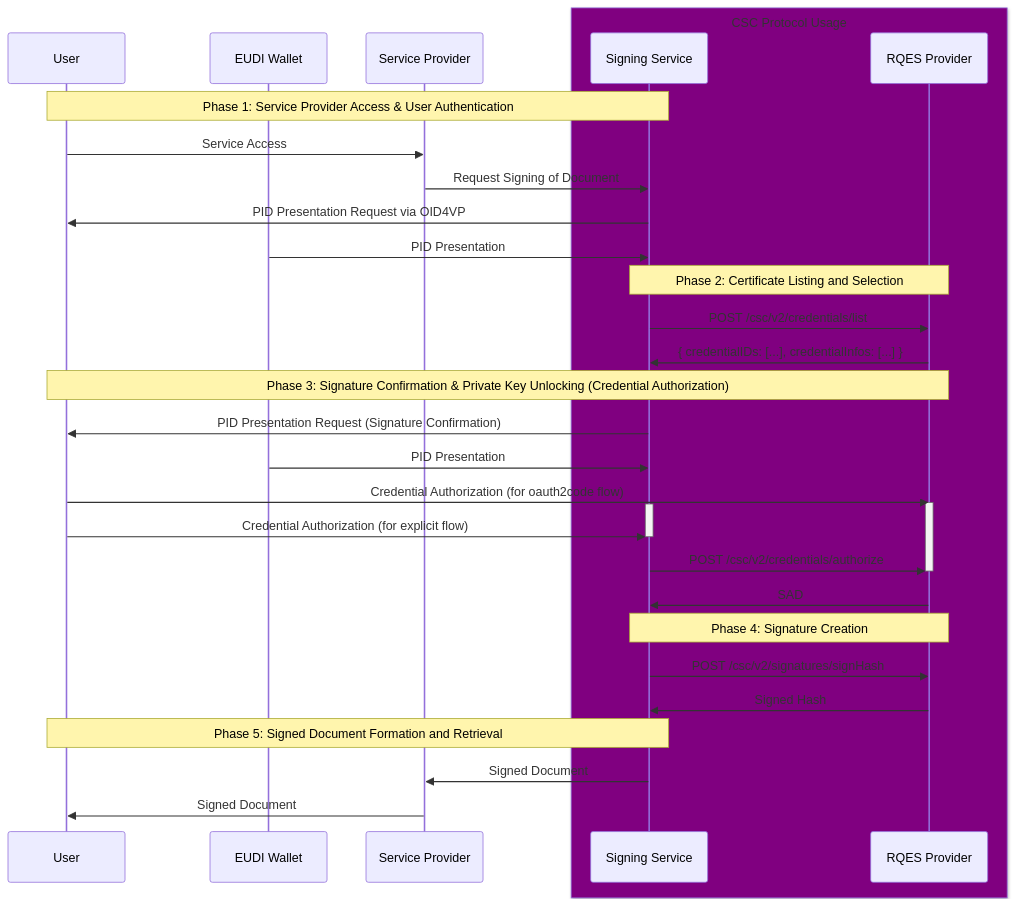
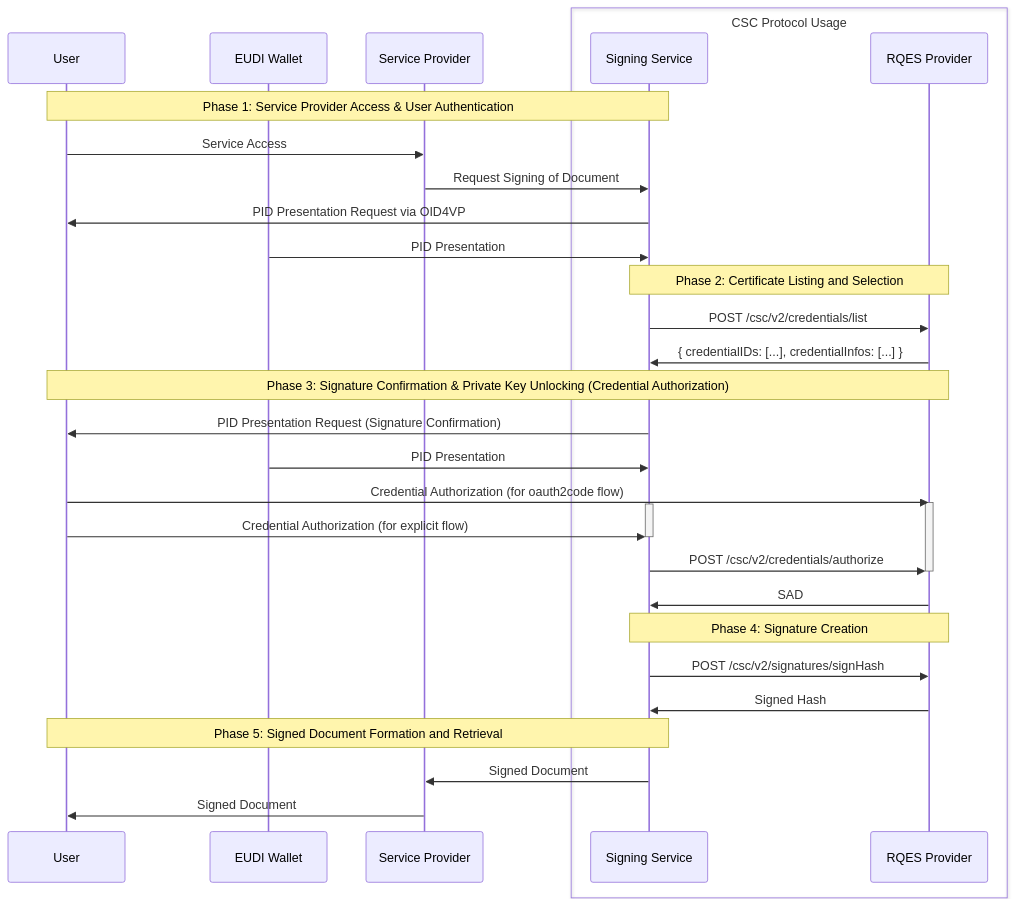
Before and after one commit to EWC-consortium/eudi-wallet-rfcs: the first of 7 diagrams in ewc-rfc010-long-term-certifice-qes-creation.md, drawn with Mermaid. The commit also changed other lines of this file, not shown here.

Commit message:
RFC-010: Removed color from CSC box.

````diff
--- a/ewc-rfc010-long-term-certifice-qes-creation.md
+++ b/ewc-rfc010-long-term-certifice-qes-creation.md
@@ -54,44 +55,44 @@
 ```mermaid
    sequenceDiagram
     participant User
     participant EUDI Wallet
     participant Service Provider
-    box Purple CSC Protocol Usage
+    box CSC Protocol Usage
     participant Signing Service
     participant RQES Provider
     end
 
     Note over User, Signing Service: Phase 1: Service Provider Access & User Authentication
     User->>Service Provider: Service Access
     Service Provider->>Signing Service: Request Signing of Document
     Signing Service->>User: PID Presentation Request via OID4VP
     EUDI Wallet->>Signing Service: PID Presentation
 
     Note over Signing Service, RQES Provider: Phase 2: Certificate Listing and Selection
     Signing Service->>RQES Provider: POST /csc/v2/credentials/list
     RQES Provider->>Signing Service: { credentialIDs: [...], credentialInfos: [...] }
 
     Note over User, RQES Provider: Phase 3: Signature Confirmation & Private Key Unlocking (Credential Authorization)
     Signing Service->>User: PID Presentation Request (Signature Confirmation)
     EUDI Wallet->>Signing Service: PID Presentation
 
     
     User->>RQES Provider: Credential Authorization (for oauth2code flow)
     activate RQES Provider
     activate Signing Service
     User->>Signing Service: Credential Authorization (for explicit flow)
     deactivate Signing Service
     
 
     Signing Service->>RQES Provider: POST /csc/v2/credentials/authorize
     deactivate RQES Provider
     RQES Provider->>Signing Service: SAD
 
     Note over Signing Service, RQES Provider: Phase 4: Signature Creation
     Signing Service->>RQES Provider: POST /csc/v2/signatures/signHash
     RQES Provider->>Signing Service: Signed Hash
 
     Note over User, Signing Service: Phase 5: Signed Document Formation and Retrieval
     Signing Service->>Service Provider: Signed Document
     Service Provider->>User: Signed Document
 ```
````
